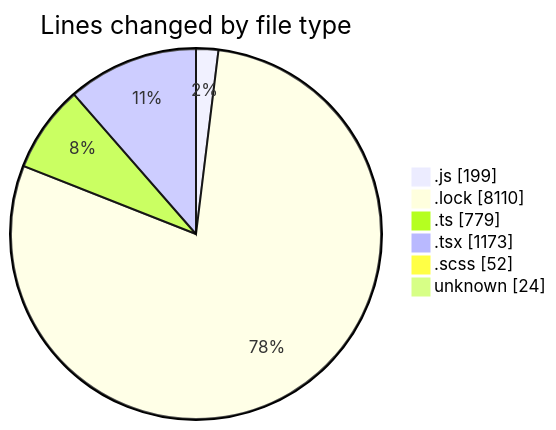
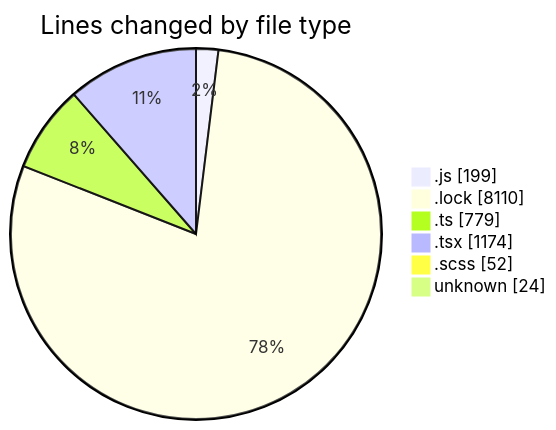
One commit to momahboobian/code-tracking changed the first of 2 diagrams in 2025-02-07/cda/README.md. Above: the diagram before and after it, drawn with Mermaid. The commit also changed other lines of this file and 1 other file, not shown here.

````diff
--- a/2025-02-07/cda/README.md
+++ b/2025-02-07/cda/README.md
@@ -57,10 +57,10 @@
 ```mermaid
 pie showData
 title Lines changed by file type
 ".js" : 199
 ".lock" : 8110
 ".ts" : 779
-".tsx" : 1173
+".tsx" : 1174
 ".scss" : 52
 "unknown" : 24
 ```
````
